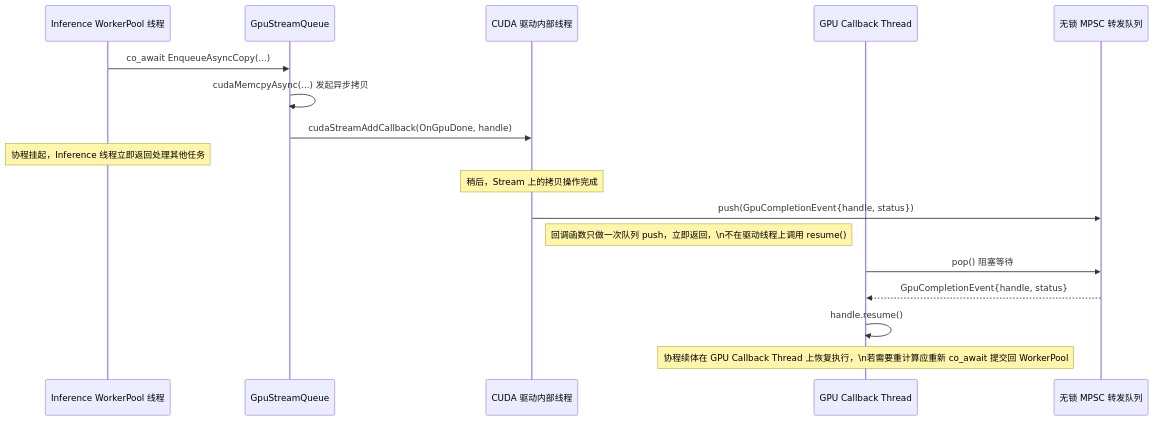
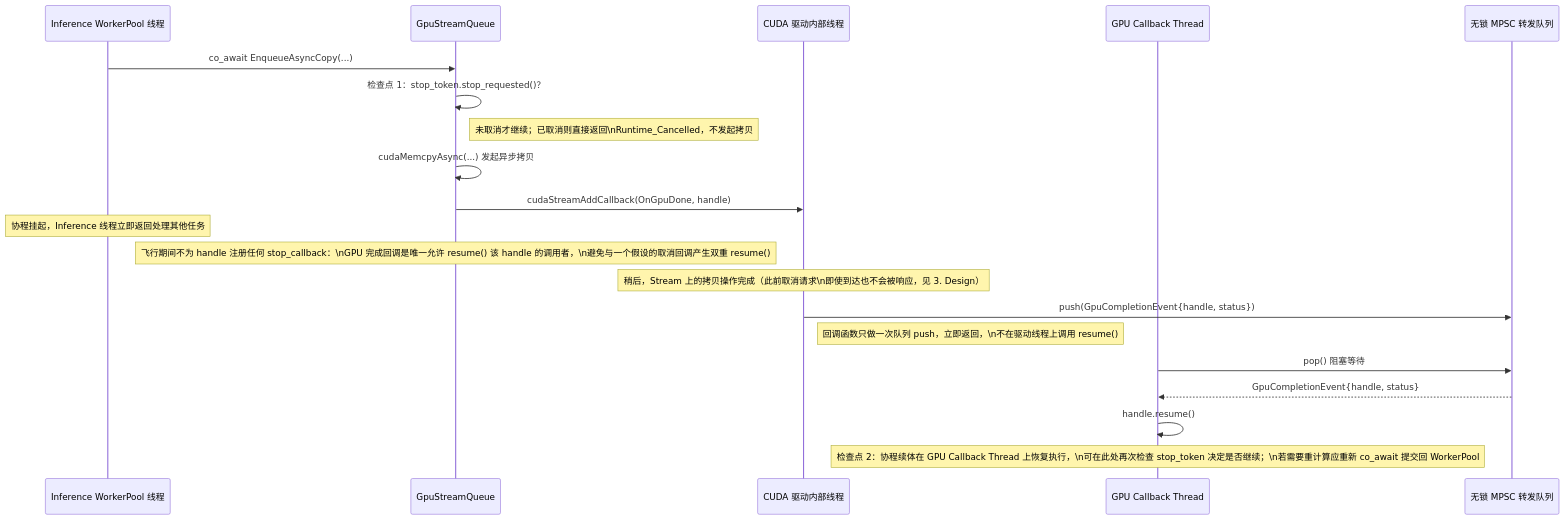
The third of 3 diagrams in docs/surface-ai/design/milestone-01-foundation/1.4-runtime.md (celien99/surface-ai), drawn with Mermaid before and after one commit. The commit also changed other lines of this file and 1 other file, not shown here.

First line of the commit message:
docs: fix task 6 TaskNode gap, GPU cancellation race, and frame destroy ownership per review

````diff
--- a/docs/surface-ai/design/milestone-01-foundation/1.4-runtime.md
+++ b/docs/surface-ai/design/milestone-01-foundation/1.4-runtime.md
@@ -451,22 +493,25 @@
 ```mermaid
 sequenceDiagram
     participant Inf as Inference WorkerPool 线程
     participant Gpu as GpuStreamQueue
     participant Drv as CUDA 驱动内部线程
     participant Cb as GPU Callback Thread
     participant Queue as 无锁 MPSC 转发队列
 
     Inf->>Gpu: co_await EnqueueAsyncCopy(...)
+    Gpu->>Gpu: 检查点 1：stop_token.stop_requested()？
+    Note right of Gpu: 未取消才继续；已取消则直接返回\nRuntime_Cancelled，不发起拷贝
     Gpu->>Gpu: cudaMemcpyAsync(...) 发起异步拷贝
     Gpu->>Drv: cudaStreamAddCallback(OnGpuDone, handle)
     Note over Inf: 协程挂起，Inference 线程立即返回处理其他任务
+    Note over Gpu: 飞行期间不为 handle 注册任何 stop_callback：\nGPU 完成回调是唯一允许 resume() 该 handle 的调用者，\n避免与一个假设的取消回调产生双重 resume()
 
-    Note over Drv: 稍后，Stream 上的拷贝操作完成
+    Note over Drv: 稍后，Stream 上的拷贝操作完成（此前取消请求\n即使到达也不会被响应，见 3. Design）
     Drv->>Queue: push(GpuCompletionEvent{handle, status})
     Note right of Drv: 回调函数只做一次队列 push，立即返回，\n不在驱动线程上调用 resume()
 
     Cb->>Queue: pop() 阻塞等待
     Queue-->>Cb: GpuCompletionEvent{handle, status}
     Cb->>Cb: handle.resume()
-    Note over Cb: 协程续体在 GPU Callback Thread 上恢复执行，\n若需要重计算应重新 co_await 提交回 WorkerPool
+    Note over Cb: 检查点 2：协程续体在 GPU Callback Thread 上恢复执行，\n可在此处再次检查 stop_token 决定是否继续；\n若需要重计算应重新 co_await 提交回 WorkerPool
 ```
````
